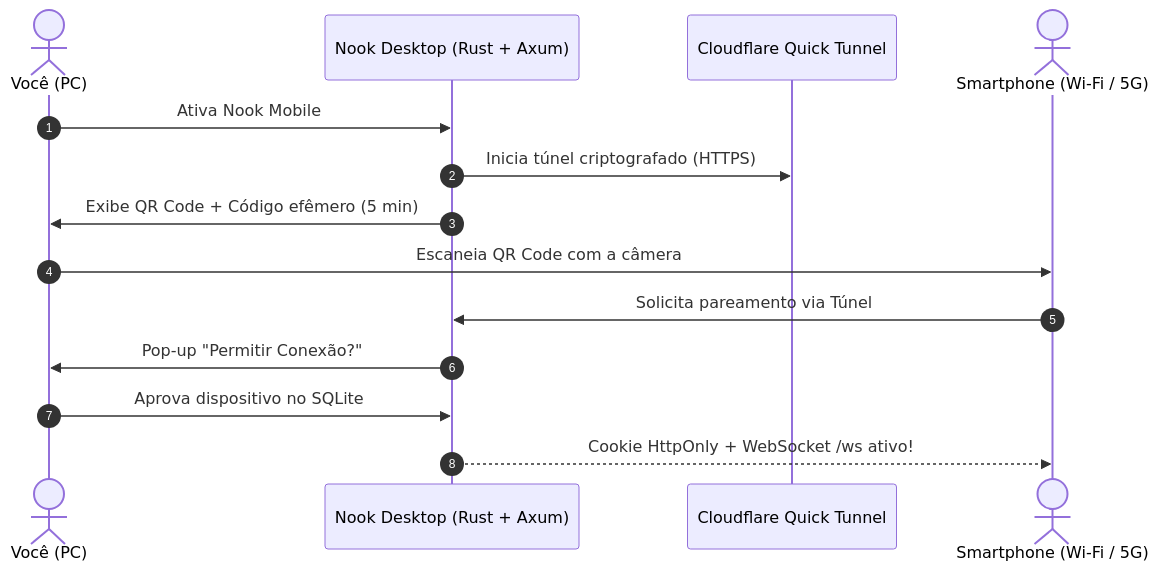
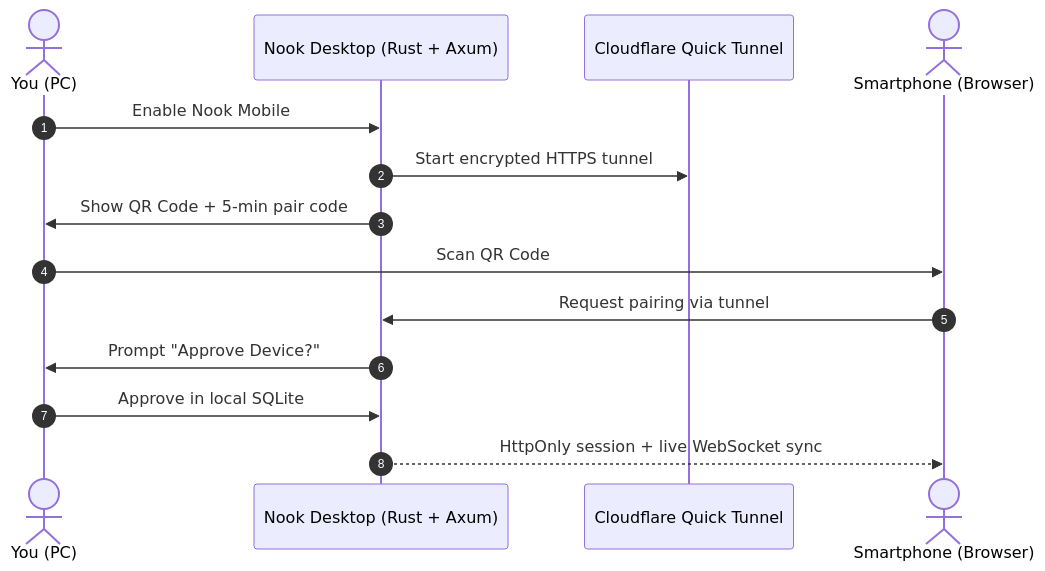
One commit to zeitgeist2004/Nook changed the diagram in README.md. Above: the diagram before and after it, drawn with Mermaid. The commit also changed other lines of this file and 91 other files, not shown here.

````diff
--- a/README.md
+++ b/README.md
@@ -102,17 +110,17 @@
 ```mermaid
 sequenceDiagram
     autonumber
-    actor User as Você (PC)
+    actor User as You (PC)
     participant Desktop as Nook Desktop (Rust + Axum)
     participant CF as Cloudflare Quick Tunnel
-    actor Phone as Smartphone (Wi-Fi / 5G)
+    actor Phone as Smartphone (Browser)
 
-    User->>Desktop: Ativa Nook Mobile
-    Desktop->>CF: Inicia túnel criptografado (HTTPS)
-    Desktop->>User: Exibe QR Code + Código efêmero (5 min)
-    User->>Phone: Escaneia QR Code com a câmera
-    Phone->>Desktop: Solicita pareamento via Túnel
-    Desktop->>User: Pop-up "Permitir Conexão?"
-    User->>Desktop: Aprova dispositivo no SQLite
-    Desktop-->>Phone: Cookie HttpOnly + WebSocket /ws ativo!
+    User->>Desktop: Enable Nook Mobile
+    Desktop->>CF: Start encrypted HTTPS tunnel
+    Desktop->>User: Show QR Code + 5-min pair code
+    User->>Phone: Scan QR Code
+    Phone->>Desktop: Request pairing via tunnel
+    Desktop->>User: Prompt "Approve Device?"
+    User->>Desktop: Approve in local SQLite
+    Desktop-->>Phone: HttpOnly session + live WebSocket sync
 ```
````
